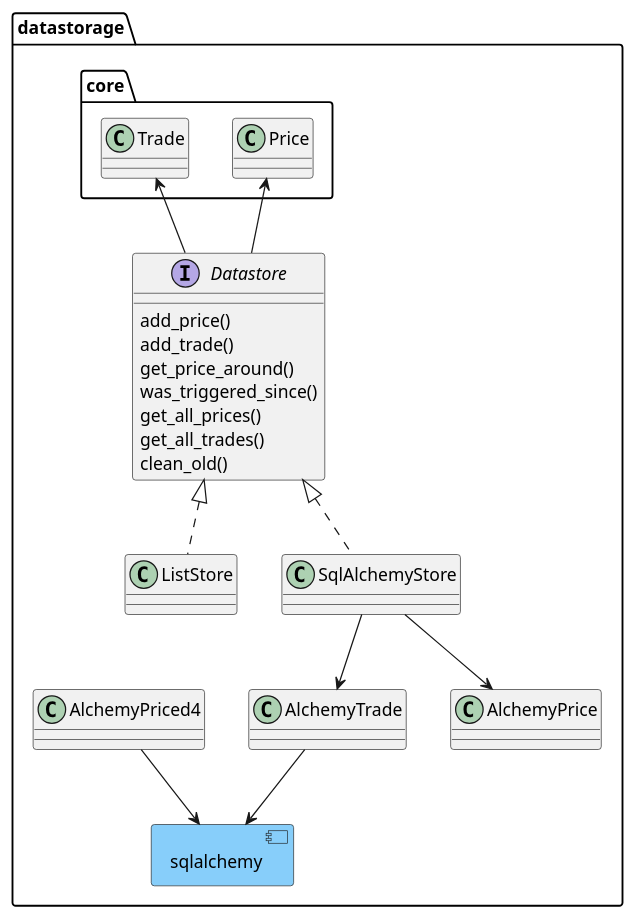
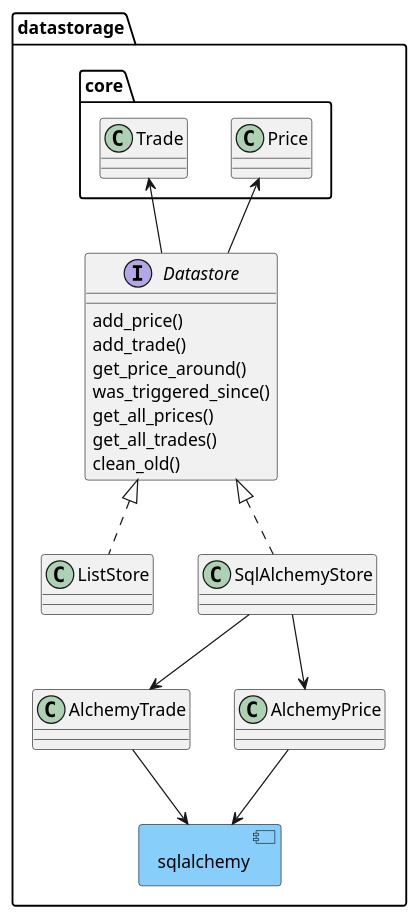
The diagram in docs/dev/graphs/datastore.puml (martin-ueding/vigilant-crypto-snatch), drawn with PlantUML before and after one commit.

```diff
--- a/docs/dev/graphs/datastore.puml
+++ b/docs/dev/graphs/datastore.puml
@@ -1,35 +1,35 @@
 @startuml
 
 allowmixing
 
 namespace datastorage {
     component sqlalchemy #lightskyblue
 
 interface Datastore {
     add_price()
     add_trade()
     get_price_around()
     was_triggered_since()
     get_all_prices()
     get_all_trades()
     clean_old()
 }
 class ListStore implements Datastore
 class SqlAlchemyStore implements Datastore
 
 core.Price <-- Datastore
 core.Trade <-- Datastore
 
 class AlchemyTrade
 class AlchemyPrice
 
 SqlAlchemyStore --> AlchemyTrade
 SqlAlchemyStore --> AlchemyPrice
 
 AlchemyTrade --> sqlalchemy
-AlchemyPriced4 --> sqlalchemy
+AlchemyPrice --> sqlalchemy
 
 
 }
 
 @enduml
```
